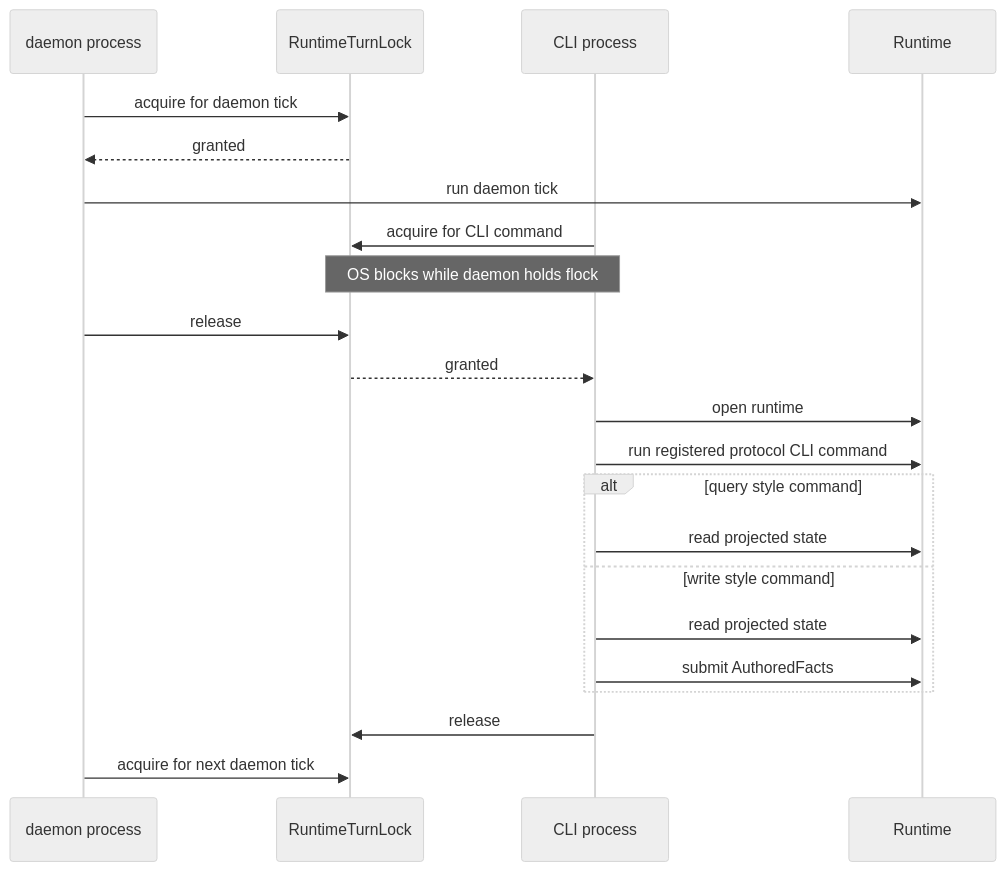
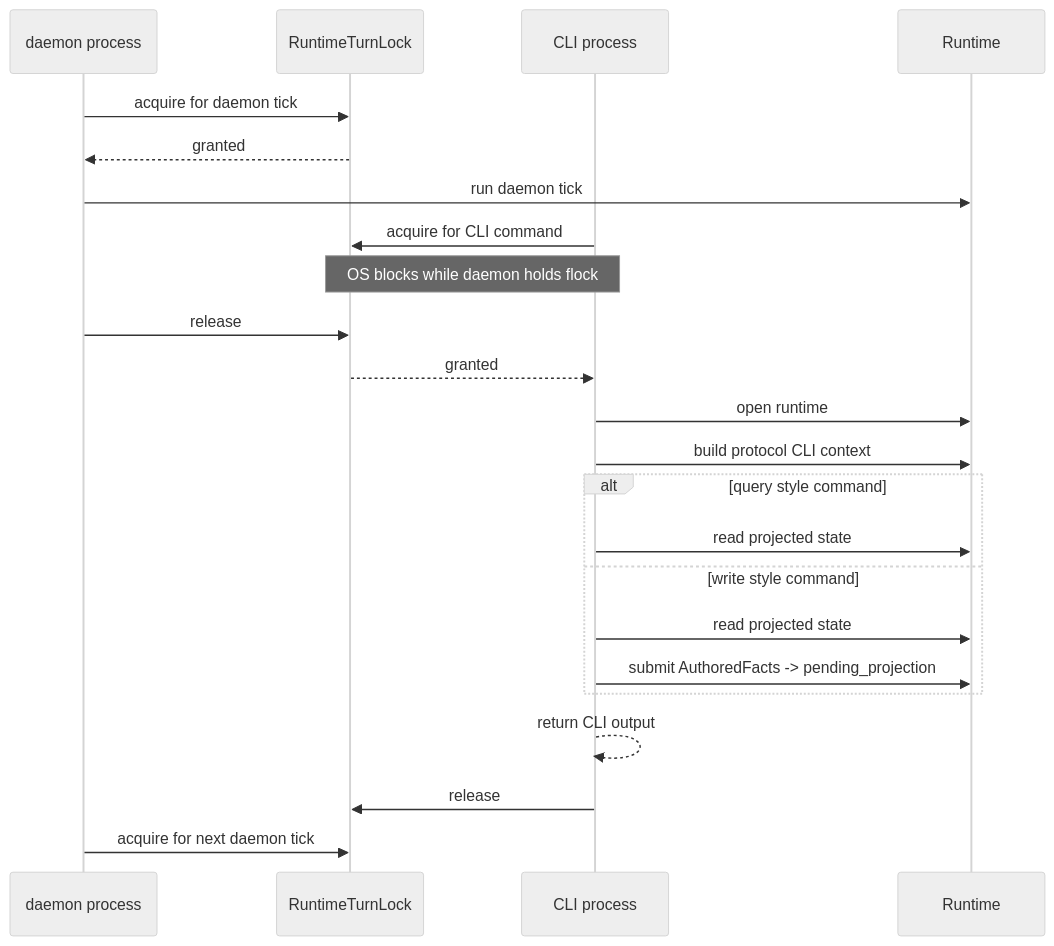
The fourth of 5 diagrams in ARCHITECTURE_DIAGRAMS_ALT.md (holmesworcester/poc-10), drawn with Mermaid (neutral theme) before and after one commit. The commit also changed other lines of this file and 2 other files, not shown here.

Commit message:
Update runtime architecture diagrams

````diff
--- a/ARCHITECTURE_DIAGRAMS_ALT.md
+++ b/ARCHITECTURE_DIAGRAMS_ALT.md
@@ -110,25 +128,26 @@
 ```mermaid
 sequenceDiagram
     participant D as daemon process
     participant L as RuntimeTurnLock
     participant C as CLI process
     participant R as Runtime
 
     D->>L: acquire for daemon tick
     L-->>D: granted
     D->>R: run daemon tick
     C->>L: acquire for CLI command
     Note over C,L: OS blocks while daemon holds flock
     D->>L: release
     L-->>C: granted
     C->>R: open runtime
-    C->>R: run registered protocol CLI command
+    C->>R: build protocol CLI context
     alt query style command
         C->>R: read projected state
     else write style command
         C->>R: read projected state
-        C->>R: submit AuthoredFacts
+        C->>R: submit AuthoredFacts -> pending_projection
     end
+    C-->>C: return CLI output
     C->>L: release
     D->>L: acquire for next daemon tick
 ```
````
